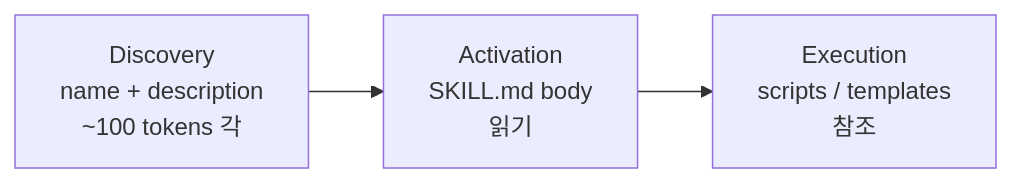
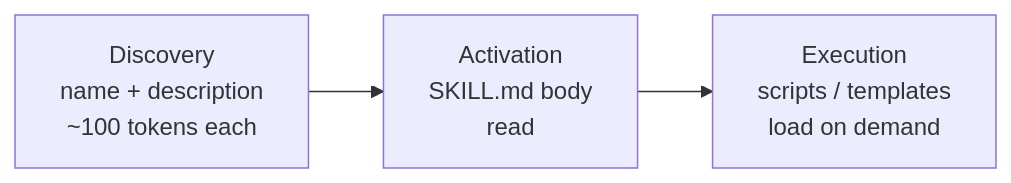
The fifth of 8 diagrams in docs/slides/deck.md (JISUlicious/latest-agents), drawn with Mermaid before and after one commit. The commit also changed other lines of this file, not shown here.

````diff
--- a/docs/slides/deck.md
+++ b/docs/slides/deck.md
@@ -606,5 +605,5 @@
 ```mermaid
 graph LR
-    A["Discovery<br/>name + description<br/>~100 tokens 각"] --> B["Activation<br/>SKILL.md body<br/>읽기"]
-    B --> C["Execution<br/>scripts / templates<br/>참조"]
+    A["Discovery<br/>name + description<br/>~100 tokens each"] --> B["Activation<br/>SKILL.md body<br/>read"]
+    B --> C["Execution<br/>scripts / templates<br/>load on demand"]
 ```
````
